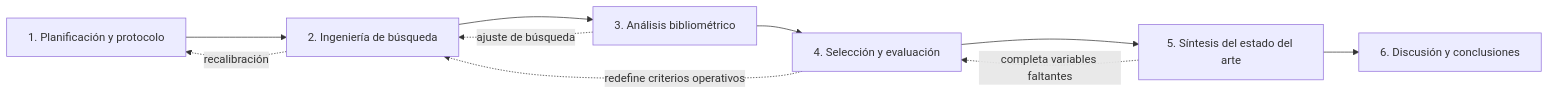
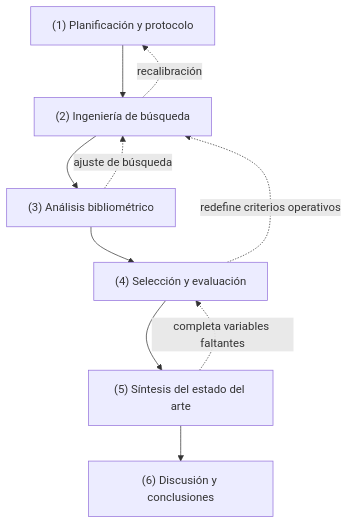
One commit to PabloCaicedoR/pablocaicedor.github.io changed the first of 5 diagrams in tutoriales/FlujoTrabajoSoA.qmd. Above: the diagram before and after it, drawn with Mermaid. The commit also changed 7 other files, not shown here.

````diff
--- a/tutoriales/FlujoTrabajoSoA.qmd
+++ b/tutoriales/FlujoTrabajoSoA.qmd
@@ -83,13 +83,13 @@
 ```{mermaid}
-flowchart LR
-  A[1. Planificación y protocolo] --> B[2. Ingeniería de búsqueda]
-  B --> C[3. Análisis bibliométrico]
-  C --> D[4. Selección y evaluación]
-  D --> E[5. Síntesis del estado del arte]
-  E --> F[6. Discusión y conclusiones]
+flowchart TD
+  A["(1) Planificación y protocolo"] --> B["(2) Ingeniería de búsqueda"]
+  B --> C["(3) Análisis bibliométrico"]
+  C --> D["(4) Selección y evaluación"]
+  D --> E["(5) Síntesis del estado del arte"]
+  E --> F["(6) Discusión y conclusiones"]
 
-  B -. recalibración .-> A
-  C -. ajuste de búsqueda .-> B
-  D -. redefine criterios operativos .-> B
-  E -. completa variables faltantes .-> D
+  B -. "recalibración" .-> A
+  C -. "ajuste de búsqueda" .-> B
+  D -. "redefine criterios operativos" .-> B
+  E -. "completa variables faltantes" .-> D
 ```
````
